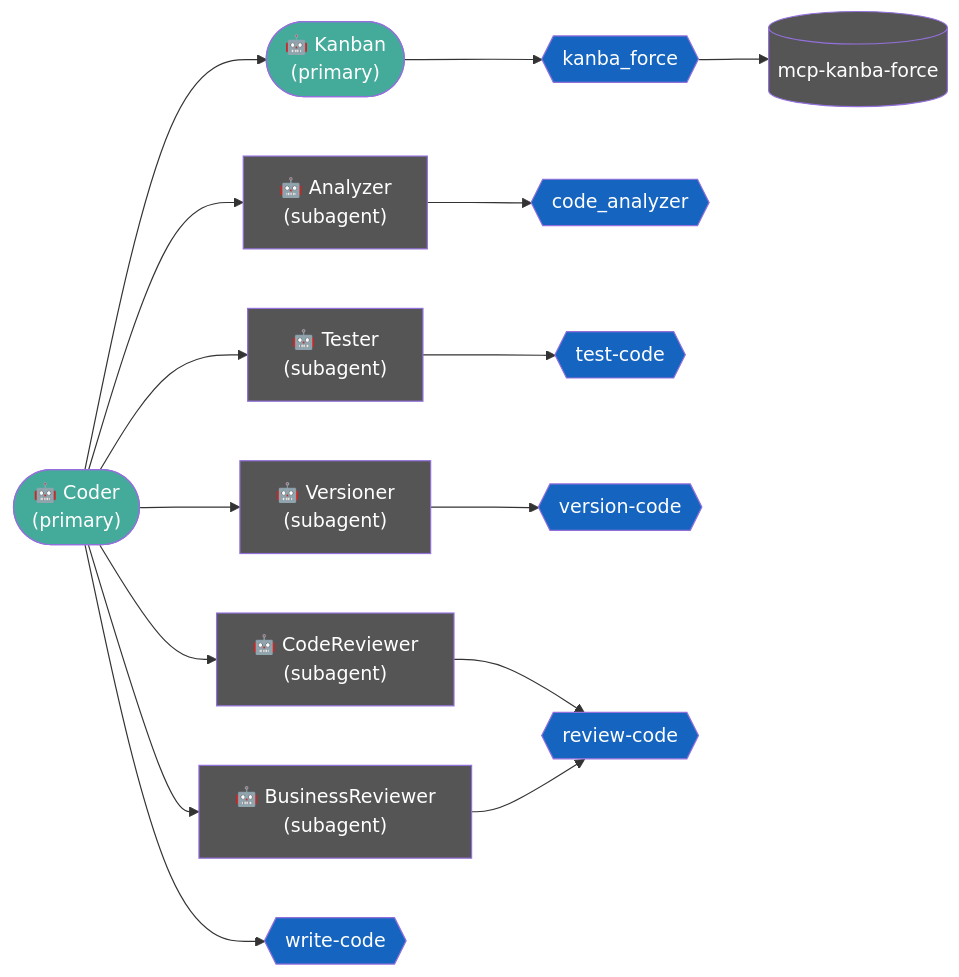
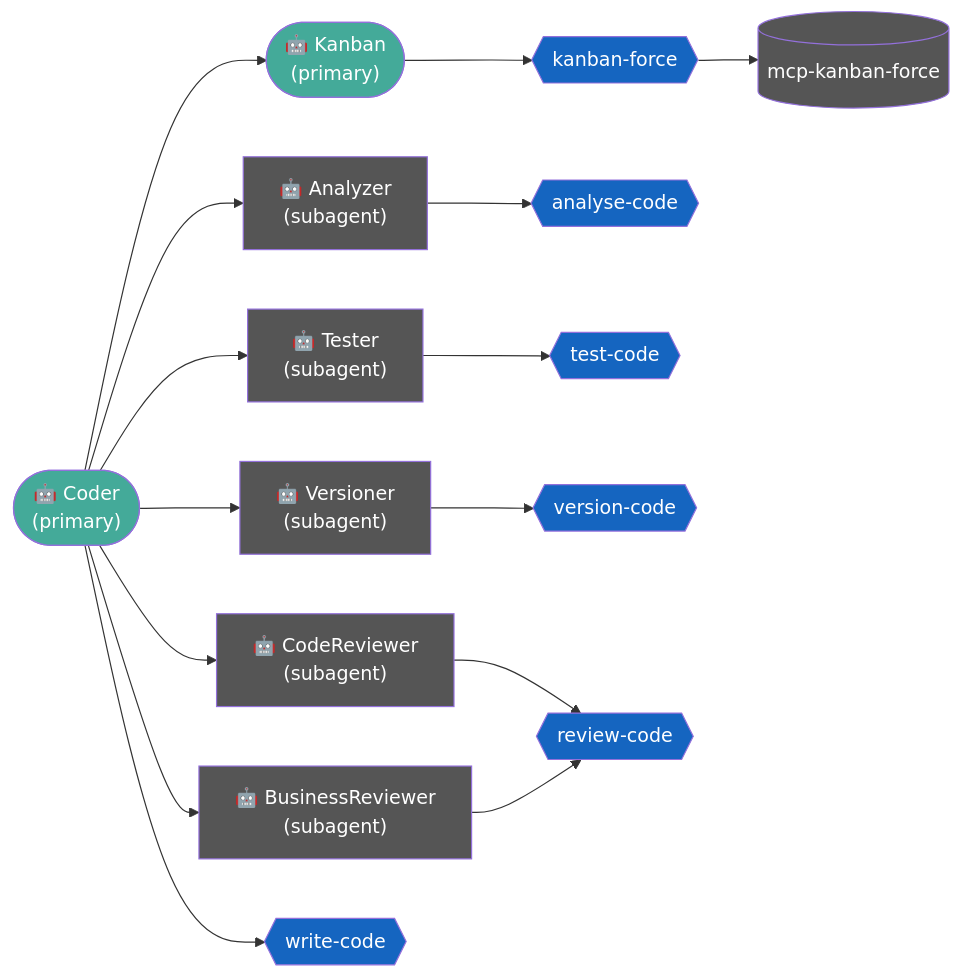
One commit to paraizofelipe/coder changed the diagram in README.md. Above: the diagram before and after it, drawn with Mermaid. The commit also changed other lines of this file, not shown here.

````diff
--- a/README.md
+++ b/README.md
@@ -28,41 +35,41 @@
 ```mermaid
 flowchart LR
 
     Coder(["🤖 Coder\n(primary)"])
     Kanban(["🤖 Kanban\n(primary)"])
     Analyzer["🤖 Analyzer\n(subagent)"]
     Tester["🤖 Tester\n(subagent)"]
     Versioner["🤖 Versioner\n(subagent)"]
     CodeReviewer["🤖 CodeReviewer\n(subagent)"]
     BusinessReviewer["🤖 BusinessReviewer\n(subagent)"]
 
     Coder --> Analyzer
     Coder --> Versioner
     Coder --> Tester
     Coder --> Kanban
     Coder --> CodeReviewer
     Coder --> BusinessReviewer
 
-    Kanban --> kanba_force{{kanba_force}}:::task
-    kanba_force --> MCP[(mcp-kanba-force)]:::mcp
+    Kanban --> kanban-force{{kanban-force}}:::task
+    kanban-force --> MCP[(mcp-kanban-force)]:::mcp
     
-    Analyzer --> code_analyzer{{code_analyzer}}:::task
+    Analyzer --> analyse-code{{analyse-code}}:::task
 
     Tester --> test-code{{test-code}}:::task
 
     Versioner --> version-code{{version-code}}:::task
 
     Coder --> write-code{{write-code}}:::task
 
     CodeReviewer --> review-code{{review-code}}:::task
 
     BusinessReviewer --> review-code{{review-code}}:::task
 
     classDef agent fill:#4A9,color:#fff
     classDef subAgent fill:#555,color:#fff
     classDef task fill:#1565C0,color:#fff
     classDef mcp fill:#555,color:#fff
 
     class Coder,Kanban agent
     class Analyzer,Tester,Versioner,CodeReviewer,BusinessReviewer subAgent
 ```
````
